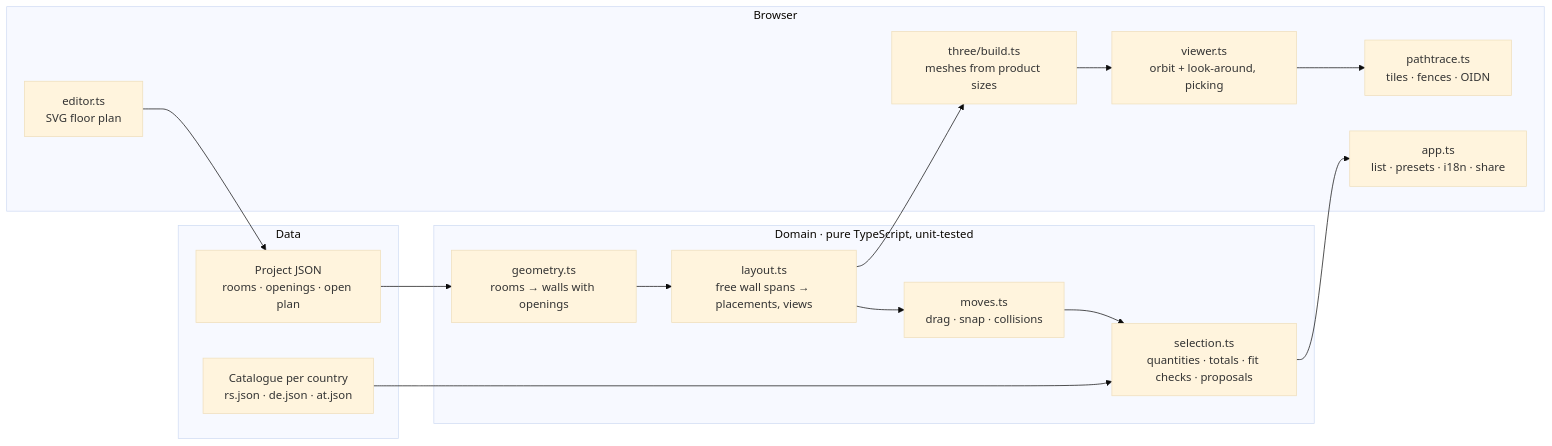
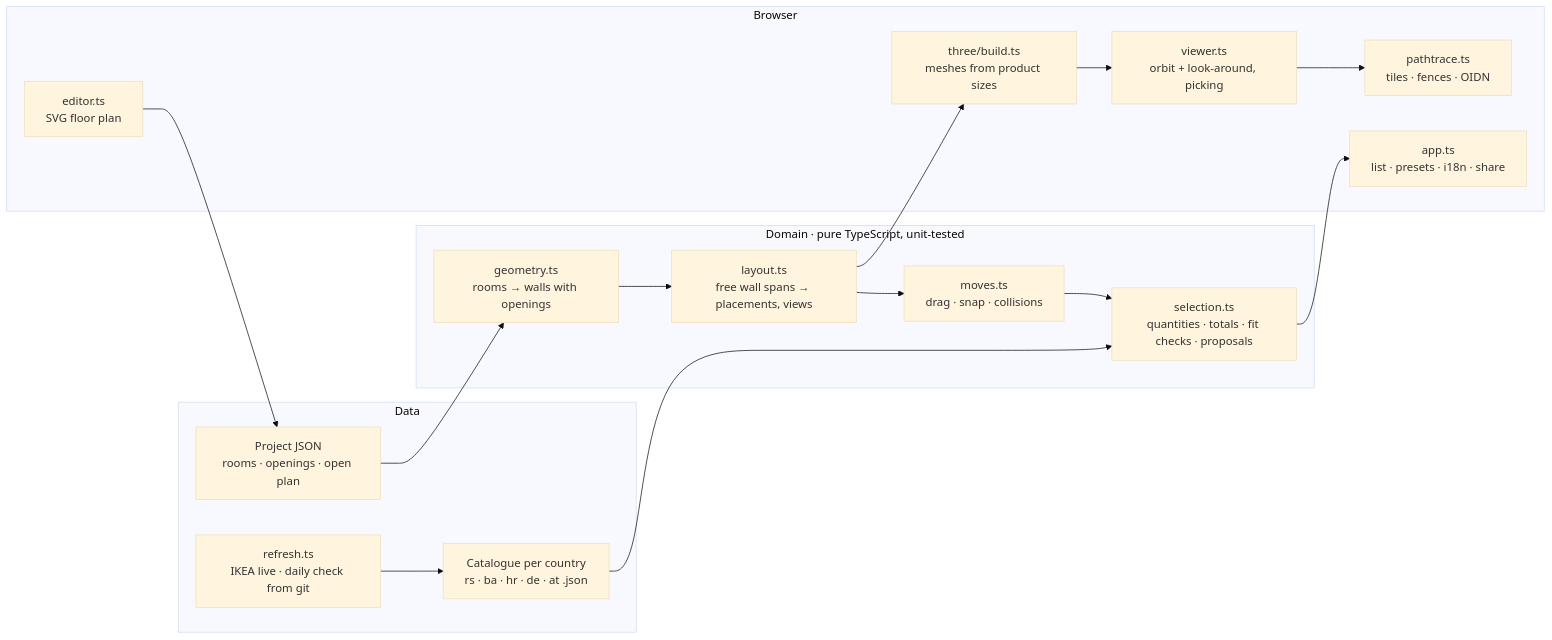
Before and after one commit to aco993/flatfit: the diagram in README.md, drawn with Mermaid (base theme). The commit also changed other lines of this file and 31 other files, not shown here.

First line of the commit message:
Bosnia and Croatia, live price refresh, daily price check, URL matrix tests

````diff
--- a/README.md
+++ b/README.md
@@ -57,25 +72,27 @@
 ```mermaid
 flowchart LR
   subgraph data [Data]
     P[Project JSON<br/>rooms · openings · open plan] 
-    C[Catalogue per country<br/>rs.json · de.json · at.json]
+    C[Catalogue per country<br/>rs · ba · hr · de · at .json]
+    R[refresh.ts<br/>IKEA live · daily check from git]
   end
   subgraph domain [Domain · pure TypeScript, unit-tested]
     G[geometry.ts<br/>rooms → walls with openings]
     L[layout.ts<br/>free wall spans → placements, views]
     S[selection.ts<br/>quantities · totals · fit checks · proposals]
     MV[moves.ts<br/>drag · snap · collisions]
   end
   subgraph ui [Browser]
     B[three/build.ts<br/>meshes from product sizes]
     V[viewer.ts<br/>orbit + look-around, picking]
     PT[pathtrace.ts<br/>tiles · fences · OIDN]
     E[editor.ts<br/>SVG floor plan]
     A[app.ts<br/>list · presets · i18n · share]
   end
   P --> G --> L --> MV --> S
   C --> S
+  R --> C
   L --> B --> V --> PT
   S --> A
   E --> P
 ```
````
